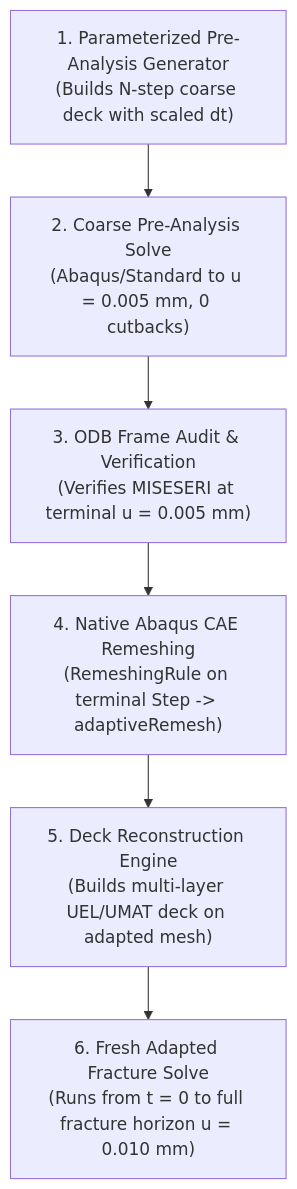
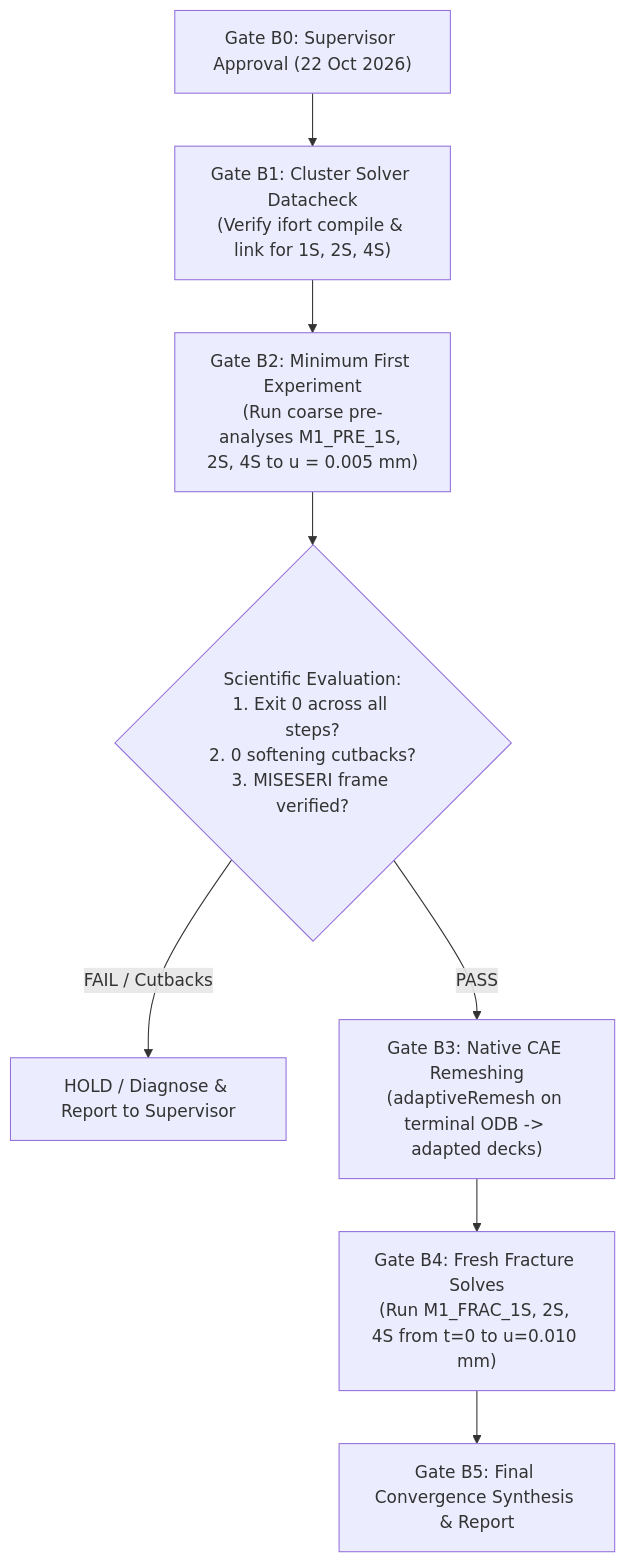
The diagram in docs/decisions/SUPERVISOR_DECISION_METHOD_B_MODE1_LOAD_PARTITIONING.md (PRVSTUDENT/adaptive-remeshing-phase-field-thesis), drawn with Mermaid before and after one commit. The commit also changed other lines of this file and 12 other files, not shown here.

Commit message:
F1407: Method B native Abaqus datacheck gate, keyword boundary defect remediation, and staged execution readiness

````diff
--- a/docs/decisions/SUPERVISOR_DECISION_METHOD_B_MODE1_LOAD_PARTITIONING.md
+++ b/docs/decisions/SUPERVISOR_DECISION_METHOD_B_MODE1_LOAD_PARTITIONING.md
@@ -292,8 +246,10 @@
 ```mermaid
 flowchart TD
-    A["1. Parameterized Pre-Analysis Generator<br>(Builds N-step coarse deck with scaled dt)"] --> B["2. Coarse Pre-Analysis Solve<br>(Abaqus/Standard to u = 0.005 mm, 0 cutbacks)"]
-    B --> C["3. ODB Frame Audit & Verification<br>(Verifies MISESERI at terminal u = 0.005 mm)"]
-    C --> D["4. Native Abaqus CAE Remeshing<br>(RemeshingRule on terminal Step -> adaptiveRemesh)"]
-    D --> E["5. Deck Reconstruction Engine<br>(Builds multi-layer UEL/UMAT deck on adapted mesh)"]
-    E --> F["6. Fresh Adapted Fracture Solve<br>(Runs from t = 0 to full fracture horizon u = 0.010 mm)"]
+    G0["Gate B0: Supervisor Approval (22 Oct 2026)"] --> G1["Gate B1: Cluster Solver Datacheck<br>(Verify ifort compile & link for 1S, 2S, 4S)"]
+    G1 --> G2["Gate B2: Minimum First Experiment<br>(Run coarse pre-analyses M1_PRE_1S, 2S, 4S to u = 0.005 mm)"]
+    G2 --> G3{"Scientific Evaluation:<br>1. Exit 0 across all steps?<br>2. 0 softening cutbacks?<br>3. MISESERI frame verified?"}
+    G3 -- "FAIL / Cutbacks" --> HOLD["HOLD / Diagnose & Report to Supervisor"]
+    G3 -- "PASS" --> G4["Gate B3: Native CAE Remeshing<br>(adaptiveRemesh on terminal ODB -> adapted decks)"]
+    G4 --> G5["Gate B4: Fresh Fracture Solves<br>(Run M1_FRAC_1S, 2S, 4S from t=0 to u=0.010 mm)"]
+    G5 --> G6["Gate B5: Final Convergence Synthesis & Report"]
 ```
````
